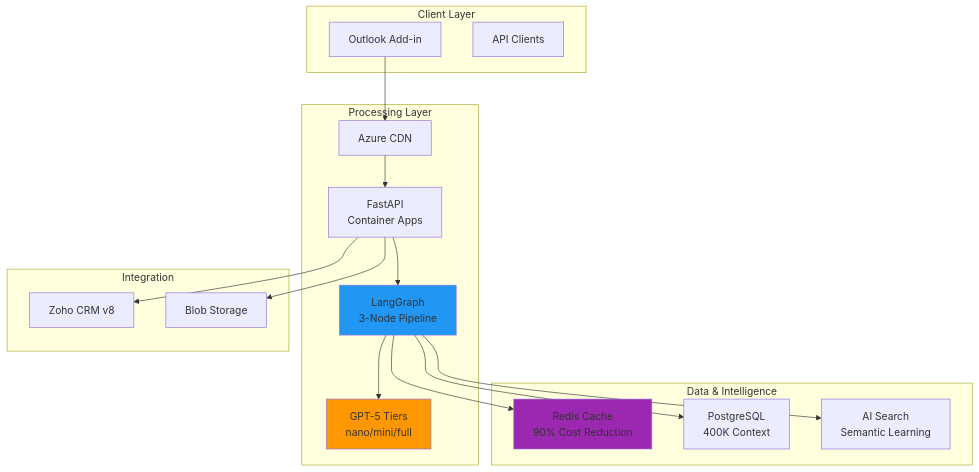
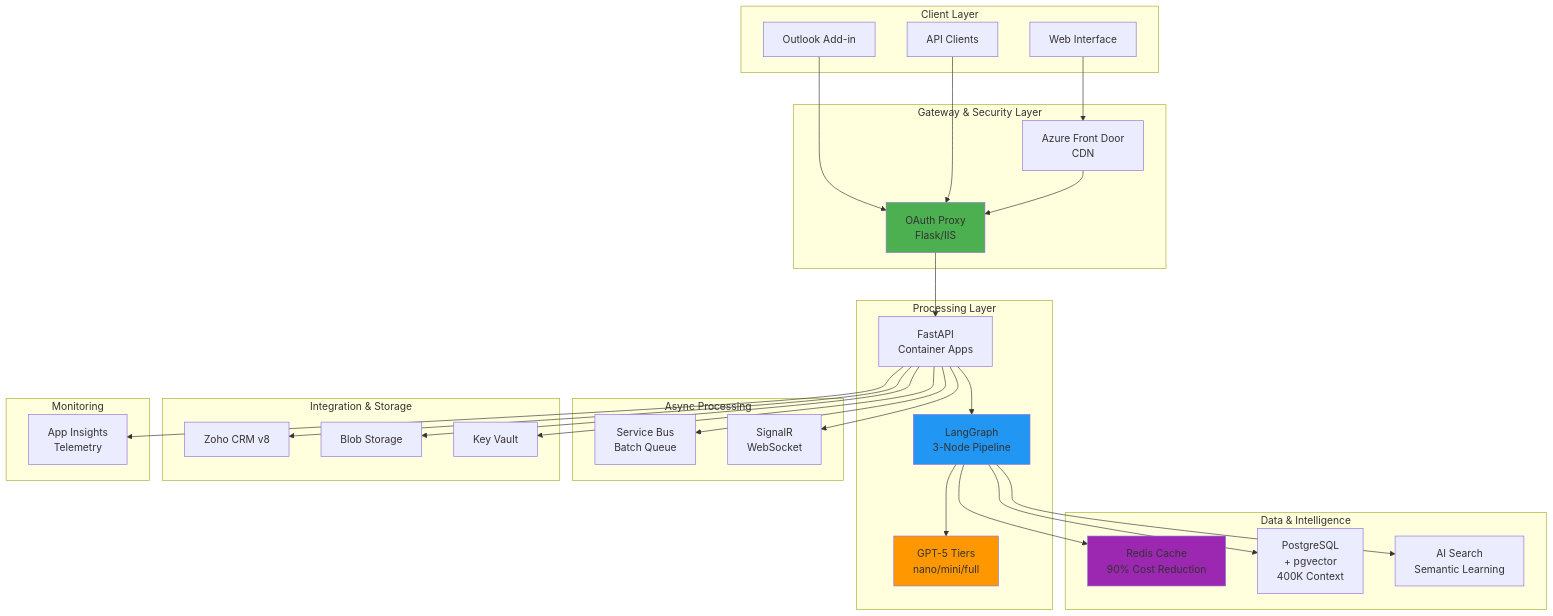
The first of 3 diagrams in README.md (romiteld/ZohoDealCreation), drawn with Mermaid before and after one commit. The commit also changed other lines of this file and 11 other files, not shown here.

First line of the commit message:
CRITICAL FIX: Resolve async context manager issues causing generator athrow() errors

````diff
--- a/README.md
+++ b/README.md
@@ -60,39 +61,62 @@
 ```mermaid
 graph TB
     subgraph "Client Layer"
         OA[Outlook Add-in]
         API_CLIENT[API Clients]
+        WEB[Web Interface]
+    end
+
+    subgraph "Gateway & Security Layer"
+        PROXY[OAuth Proxy<br/>Flask/IIS]
+        FD[Azure Front Door<br/>CDN]
     end
 
     subgraph "Processing Layer"
-        CDN[Azure CDN]
         API[FastAPI<br/>Container Apps]
         LG[LangGraph<br/>3-Node Pipeline]
         GPT[GPT-5 Tiers<br/>nano/mini/full]
     end
 
     subgraph "Data & Intelligence"
         CACHE[Redis Cache<br/>90% Cost Reduction]
-        PG[PostgreSQL<br/>400K Context]
+        PG[PostgreSQL<br/>+ pgvector<br/>400K Context]
         SEARCH[AI Search<br/>Semantic Learning]
     end
 
-    subgraph "Integration"
+    subgraph "Async Processing"
+        SB[Service Bus<br/>Batch Queue]
+        SR[SignalR<br/>WebSocket]
+    end
+
+    subgraph "Integration & Storage"
         ZOHO[Zoho CRM v8]
         BLOB[Blob Storage]
+        KV[Key Vault]
     end
 
-    OA --> CDN
-    CDN --> API
+    subgraph "Monitoring"
+        AI[App Insights<br/>Telemetry]
+    end
+
+    OA --> PROXY
+    API_CLIENT --> PROXY
+    WEB --> FD
+    FD --> PROXY
+    PROXY --> API
     API --> LG
     LG --> GPT
     LG --> CACHE
     LG --> PG
     LG --> SEARCH
+    API --> SB
+    API --> SR
     API --> ZOHO
     API --> BLOB
+    API --> KV
+    API --> AI
 
     style LG fill:#2196F3
     style GPT fill:#FF9800
     style CACHE fill:#9C27B0
+    style PROXY fill:#4CAF50
 ```
````
